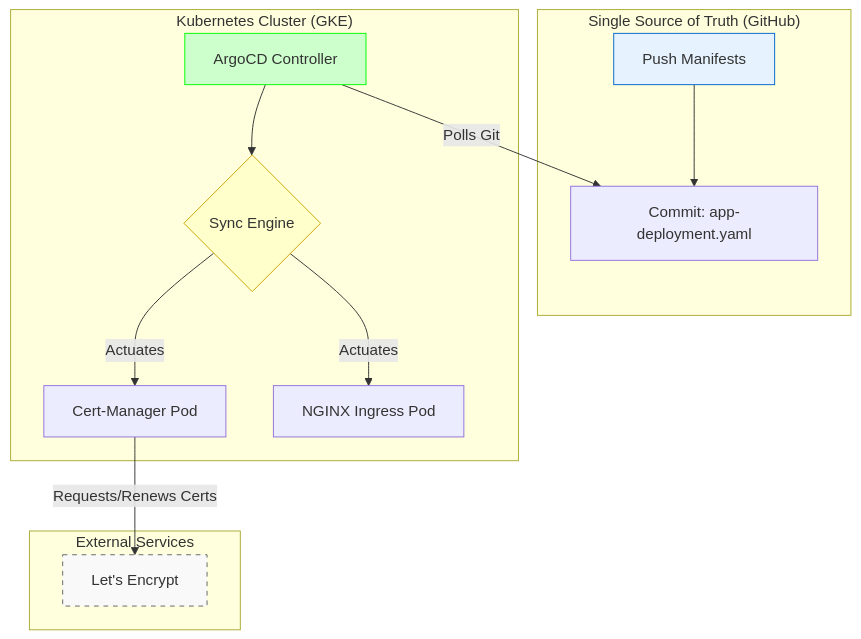
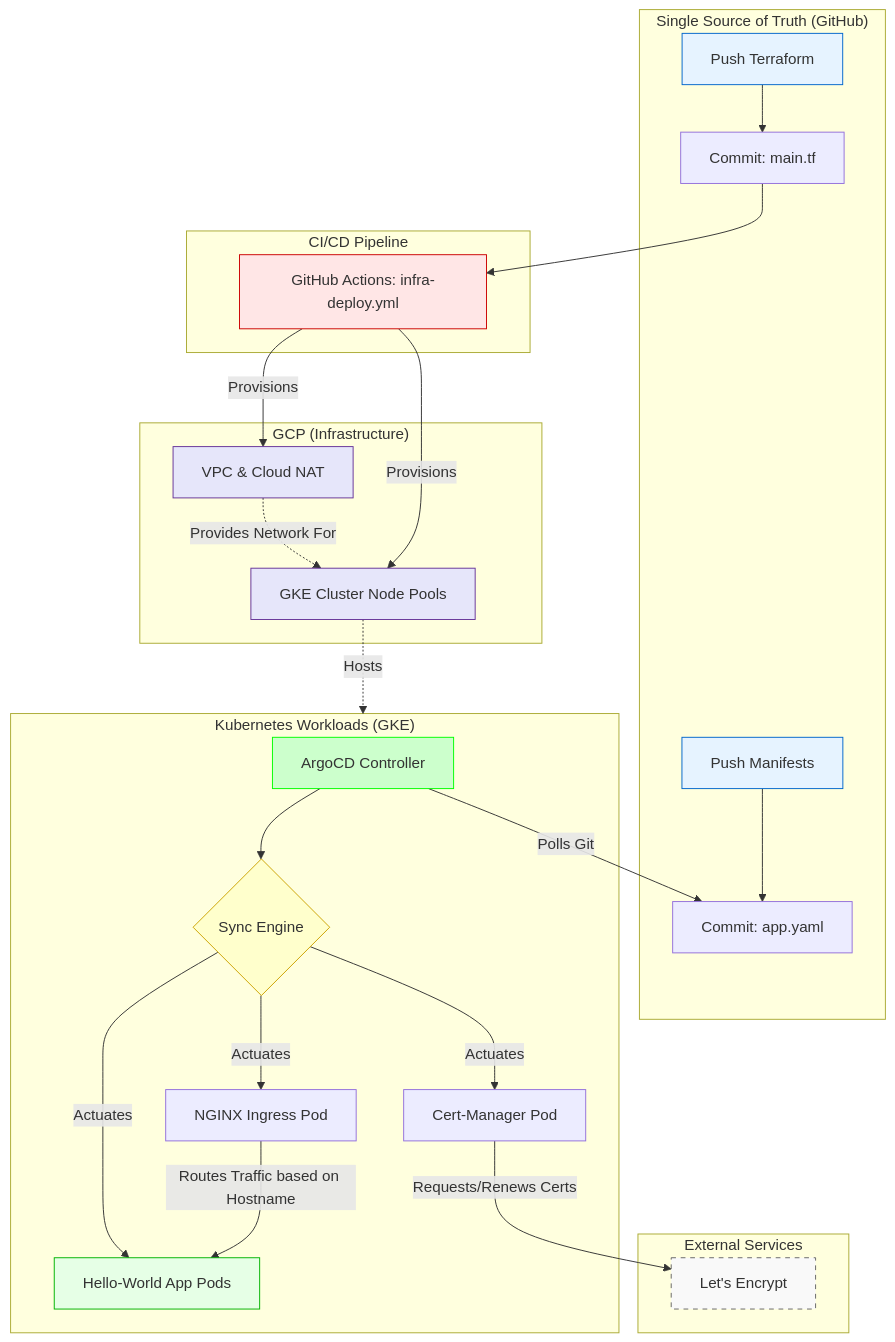
One commit to Shrey496/terraform-gke-argocd changed the diagram in README.md. Above: the diagram before and after it, drawn with Mermaid. The commit also changed other lines of this file, not shown here.

````diff
--- a/README.md
+++ b/README.md
@@ -35,30 +96,57 @@
 ```mermaid
 graph TD
     subgraph Git_Repository ["Single Source of Truth (GitHub)"]
-        A[Push Manifests] --> B[Commit: app-deployment.yaml]
+        A[Push Terraform] --> B[Commit: main.tf]
+        C[Push Manifests] --> D[Commit: app.yaml]
     end
 
-    subgraph GKE_Cluster ["Kubernetes Cluster (GKE)"]
-        C[ArgoCD Controller] 
-        D{Sync Engine}
-        
-        F[Cert-Manager Pod]
-        G[NGINX Ingress Pod]
-
-        C -- Polls Git --> B
-        C --> D
-        D -- Actuates --> F
-        D -- Actuates --> G
+    subgraph CI_CD ["CI/CD Pipeline"]
+        E[GitHub Actions: infra-deploy.yml]
     end
 
-    subgraph Cloud_Providers ["External Services"]
-        I[Let's Encrypt]
+    subgraph GCP_Cloud ["GCP (Infrastructure)"]
+        F[VPC & Cloud NAT]
+        G[GKE Cluster Node Pools]
         
-        F -- Requests/Renews Certs --> I
+        F -. Provides Network For .-> G
     end
 
+    subgraph GKE_Cluster ["Kubernetes Workloads (GKE)"]
+        H[ArgoCD Controller] 
+        I{Sync Engine}
+        
+        J[Cert-Manager Pod]
+        K[NGINX Ingress Pod]
+        L[Hello-World App Pods]
+
+        H -- Polls Git --> D
+        H --> I
+        I -- Actuates --> J
+        I -- Actuates --> K
+        I -- Actuates --> L
+        
+        K -- Routes Traffic based on Hostname --> L
+    end
+
+    subgraph External_Services ["External Services"]
+        M[Let's Encrypt]
+        J -- Requests/Renews Certs --> M
+    end
+
+    %% Infrastructure Flow
+    B --> E
+    E -- Provisions --> F
+    E -- Provisions --> G
+    G -. Hosts .-> GKE_Cluster
+
+    %% Styling
     style A fill:#e6f3ff,stroke:#0066cc
-    style C fill:#ccffcc,stroke:#00ff00
-    style D fill:#ffffcc,stroke:#cca300
-    style I fill:#f9f9f9,stroke:#666,stroke-dasharray: 5 5
+    style C fill:#e6f3ff,stroke:#0066cc
+    style E fill:#ffe6e6,stroke:#cc0000
+    style H fill:#ccffcc,stroke:#00ff00
+    style I fill:#ffffcc,stroke:#cca300
+    style L fill:#e6ffe6,stroke:#00b300
+    style M fill:#f9f9f9,stroke:#666,stroke-dasharray: 5 5
+    style F fill:#e6e6fa,stroke:#663399
+    style G fill:#e6e6fa,stroke:#663399
 ```
````
